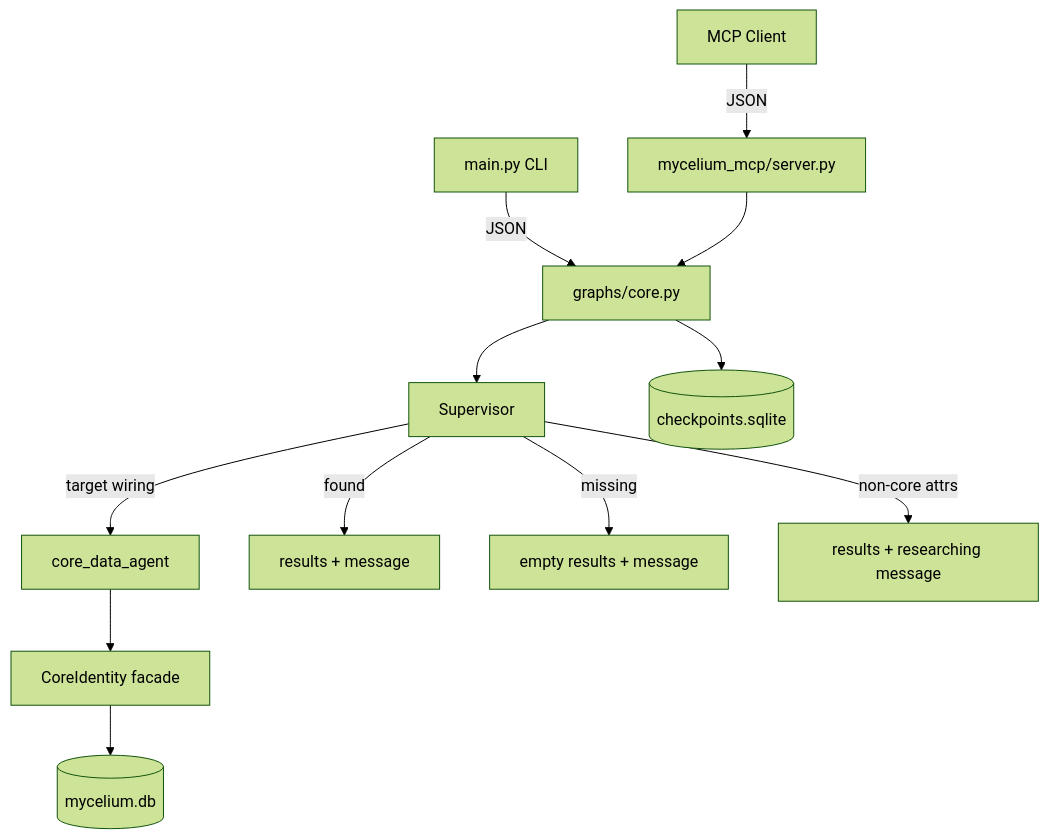
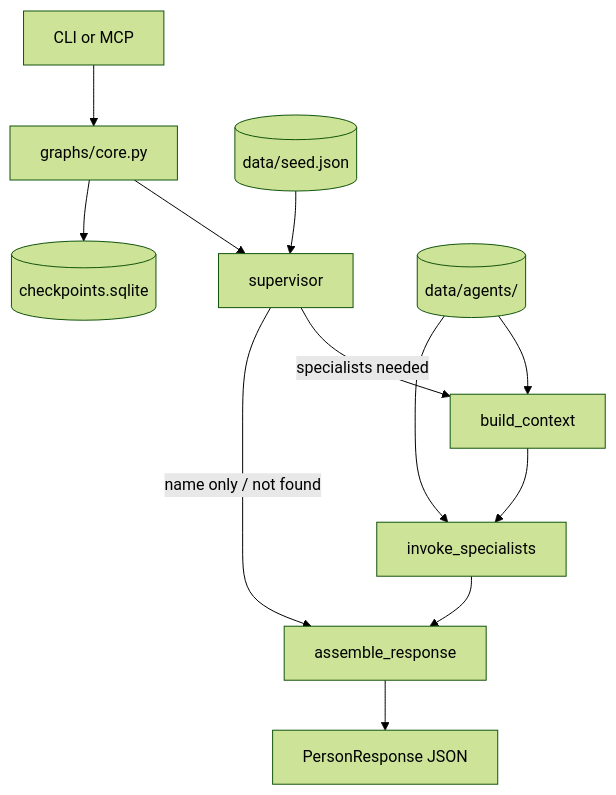
One commit to myceliumdata/mycelium changed the diagram in README.md. Above: the diagram before and after it, drawn with Mermaid (forest theme). The commit also changed other lines of this file and 1 other file, not shown here.

First line of the commit message:
docs: rewrite README for current architecture and MCP usage

````diff
--- a/README.md
+++ b/README.md
@@ -135,14 +110,14 @@
 ```mermaid
 flowchart TD
-    MCP[MCP Client] -->|JSON| MCPServer[mycelium_mcp/server.py]
-    CLI[main.py CLI] -->|JSON| Graph
-    MCPServer --> Graph[graphs/core.py]
-    Graph --> S[Supervisor]
-    S -->|target wiring| CDA[core_data_agent]
-    CDA --> CI[CoreIdentity facade]
-    CI --> DB[(mycelium.db)]
-    S -->|found| RES[results + message]
-    S -->|missing| MISS[empty results + message]
-    S -->|non-core attrs| NC[results + researching message]
+    Client[CLI or MCP] --> Graph[graphs/core.py]
+    Graph --> S[supervisor]
+    S -->|specialists needed| BC[build_context]
+    BC --> INV[invoke_specialists]
+    INV --> ASM[assemble_response]
+    S -->|name only / not found| ASM
+    ASM --> RES[PersonResponse JSON]
     Graph --> CP[(checkpoints.sqlite)]
+    Seed[(data/seed.json)] --> S
+    Store[(data/agents/)] --> BC
+    Store --> INV
 ```
````
